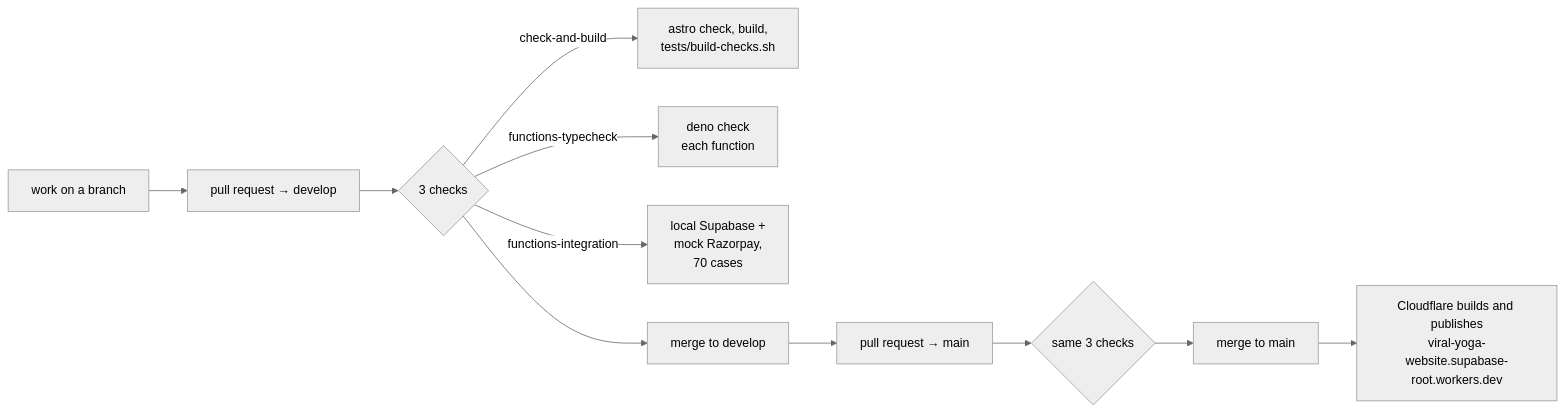
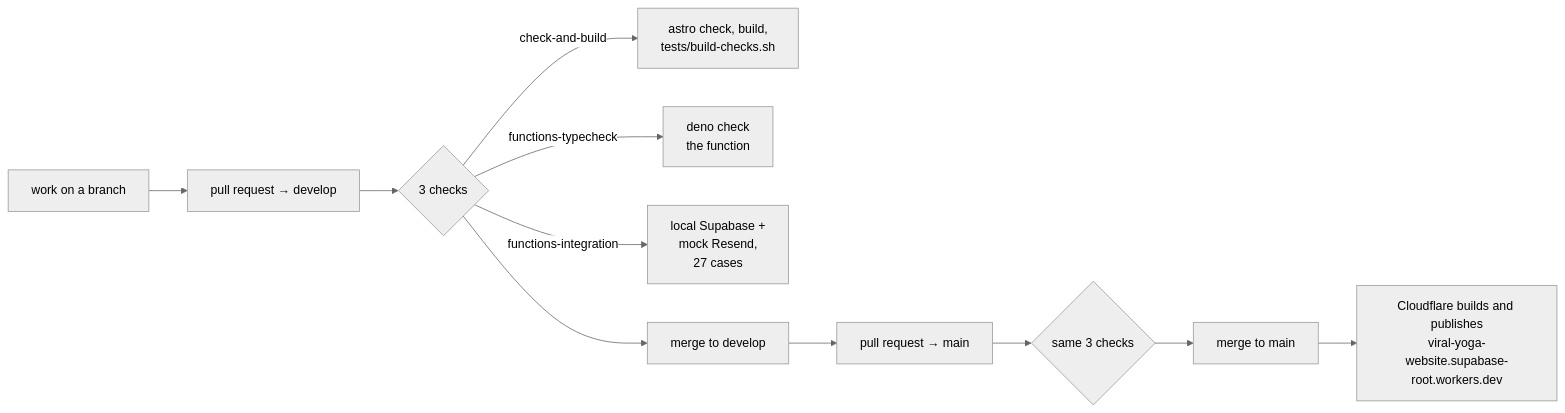
Before and after one commit to datewithcode/viral-yoga-website: the fifth of 5 diagrams in docs/ARCHITECTURE.md, drawn with Mermaid (neutral theme). The commit also changed other lines of this file and 46 other files, not shown here.

````diff
--- a/docs/ARCHITECTURE.md
+++ b/docs/ARCHITECTURE.md
@@ -265,13 +141,13 @@
 ```mermaid
 flowchart LR
   W[work on a branch] --> PR1[pull request → develop]
   PR1 --> CI{3 checks}
   CI -->|check-and-build| A["astro check, build,<br/>tests/build-checks.sh"]
-  CI -->|functions-typecheck| B["deno check<br/>each function"]
-  CI -->|functions-integration| C["local Supabase +<br/>mock Razorpay,<br/>70 cases"]
+  CI -->|functions-typecheck| B["deno check<br/>the function"]
+  CI -->|functions-integration| C["local Supabase +<br/>mock Resend,<br/>27 cases"]
   CI --> M1[merge to develop]
   M1 --> PR2[pull request → main]
   PR2 --> CI2{same 3 checks}
   CI2 --> M2[merge to main]
   M2 --> CF["Cloudflare builds and publishes<br/>viral-yoga-website.supabase-root.workers.dev"]
 ```
````
